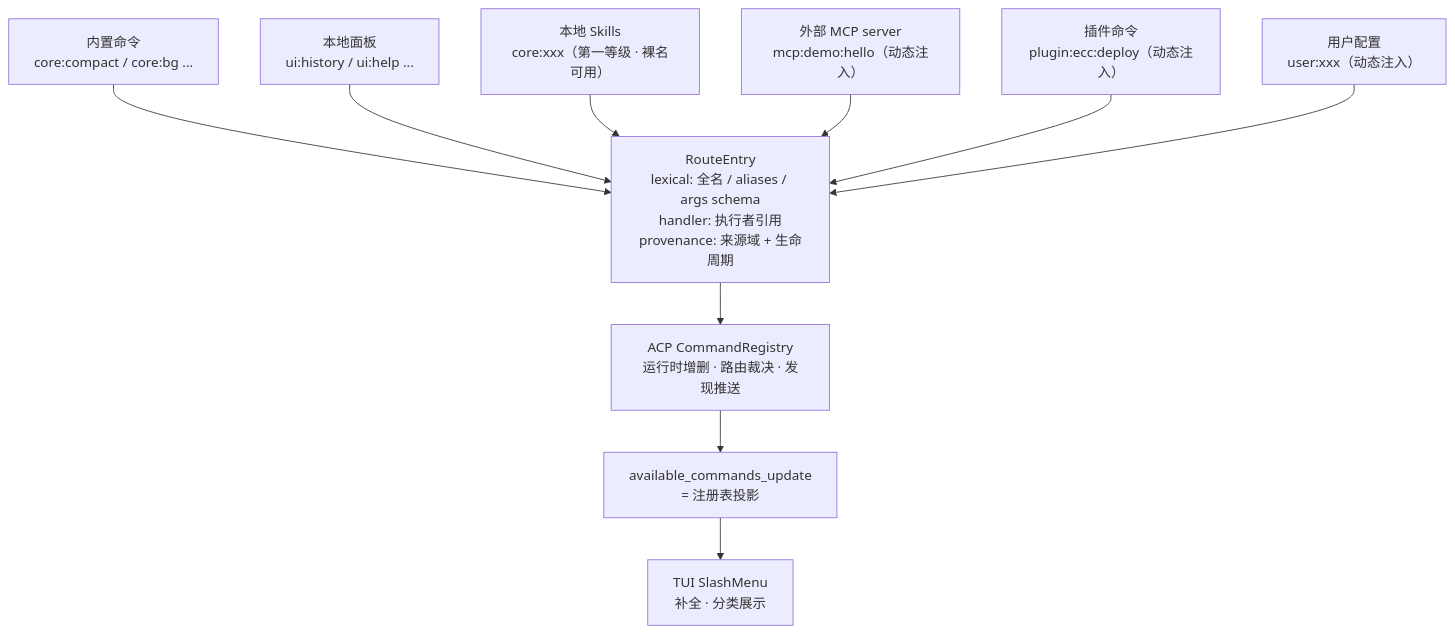
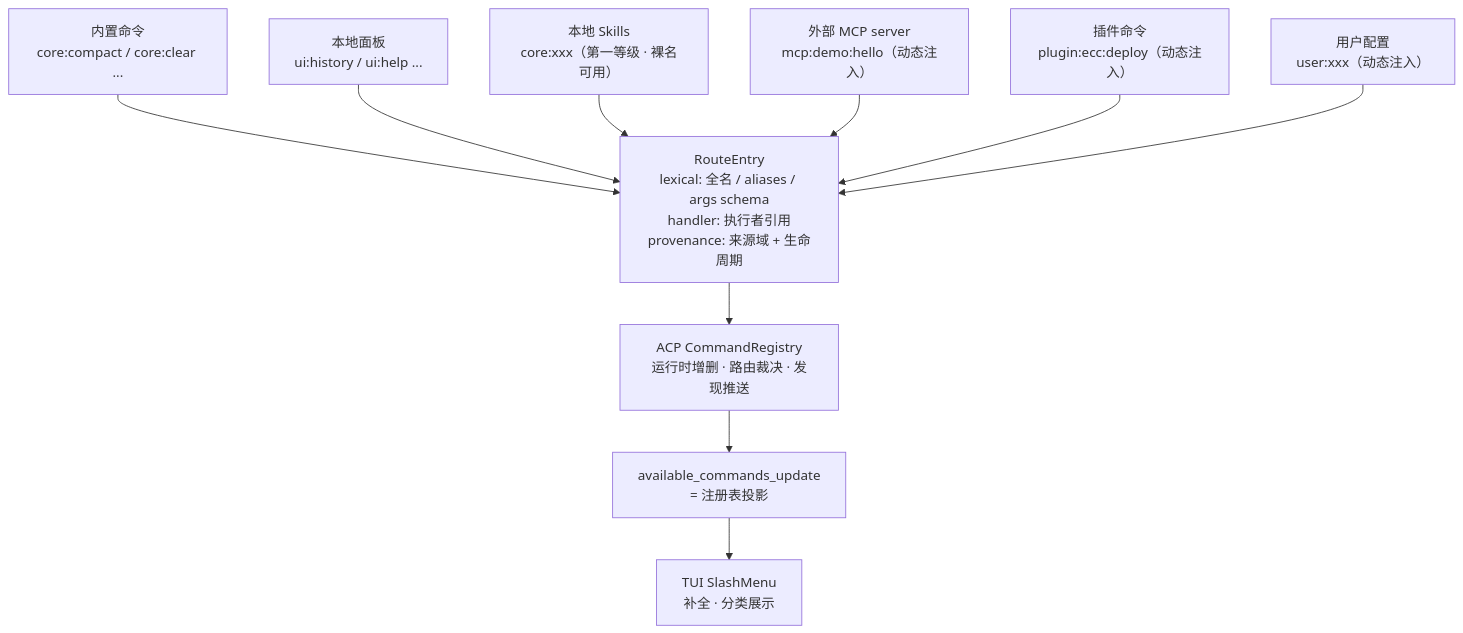
One commit to KonghaYao/peri changed the third of 3 diagrams in docs/design/command-system.md. Above: the diagram before and after it, drawn with Mermaid. The commit also changed other lines of this file and 69 other files, not shown here.

````diff
--- a/docs/design/command-system.md
+++ b/docs/design/command-system.md
@@ -120,20 +120,20 @@
 ```mermaid
 graph TB
-    SRC1["内置命令<br/>core:compact / core:bg ..."]
+    SRC1["内置命令<br/>core:compact / core:clear ..."]
     SRC2["本地面板<br/>ui:history / ui:help ..."]
     SRC3["本地 Skills<br/>core:xxx（第一等级 · 裸名可用）"]
     SRC4["外部 MCP server<br/>mcp:demo:hello（动态注入）"]
     SRC5["插件命令<br/>plugin:ecc:deploy（动态注入）"]
     SRC6["用户配置<br/>user:xxx（动态注入）"]
 
     SRC1 --> DESC["RouteEntry<br/>lexical: 全名 / aliases / args schema<br/>handler: 执行者引用<br/>provenance: 来源域 + 生命周期"]
     SRC2 --> DESC
     SRC3 --> DESC
     SRC4 --> DESC
     SRC5 --> DESC
     SRC6 --> DESC
 
     DESC --> REG2["ACP CommandRegistry<br/>运行时增删 · 路由裁决 · 发现推送"]
     REG2 --> PROJ["available_commands_update<br/>= 注册表投影"]
     PROJ --> MENU["TUI SlashMenu<br/>补全 · 分类展示"]
 ```
````
